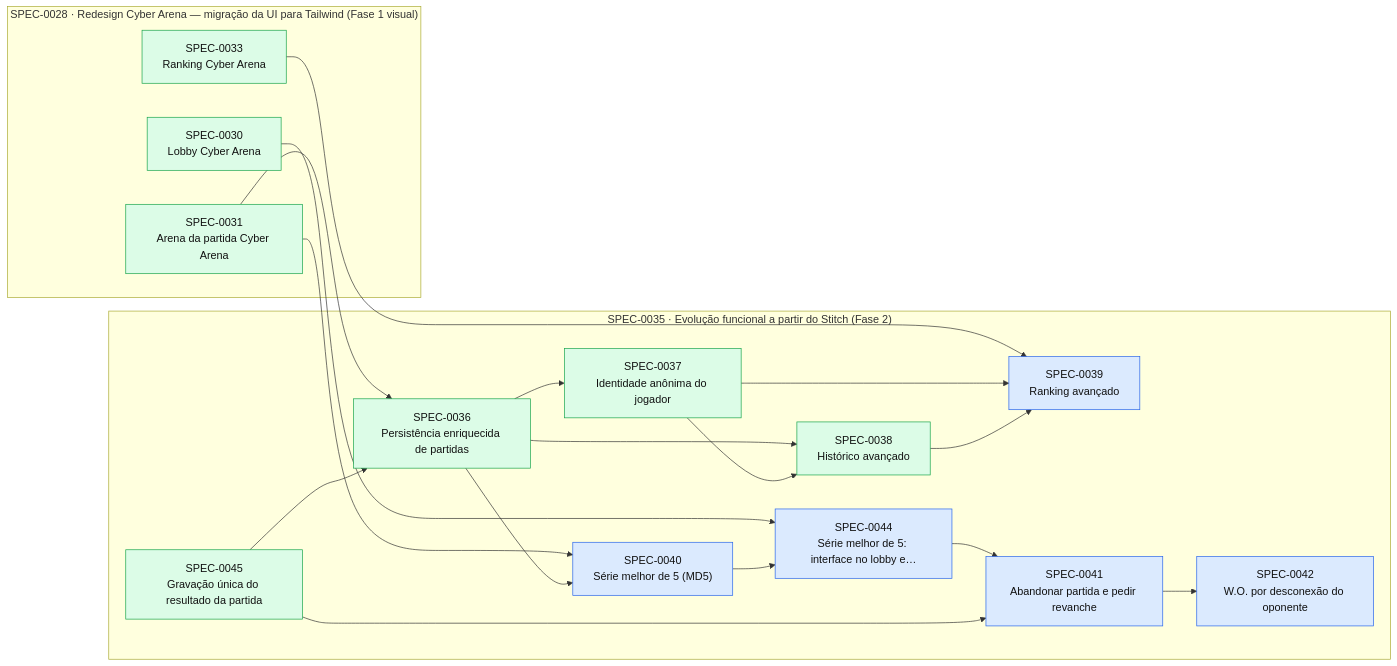
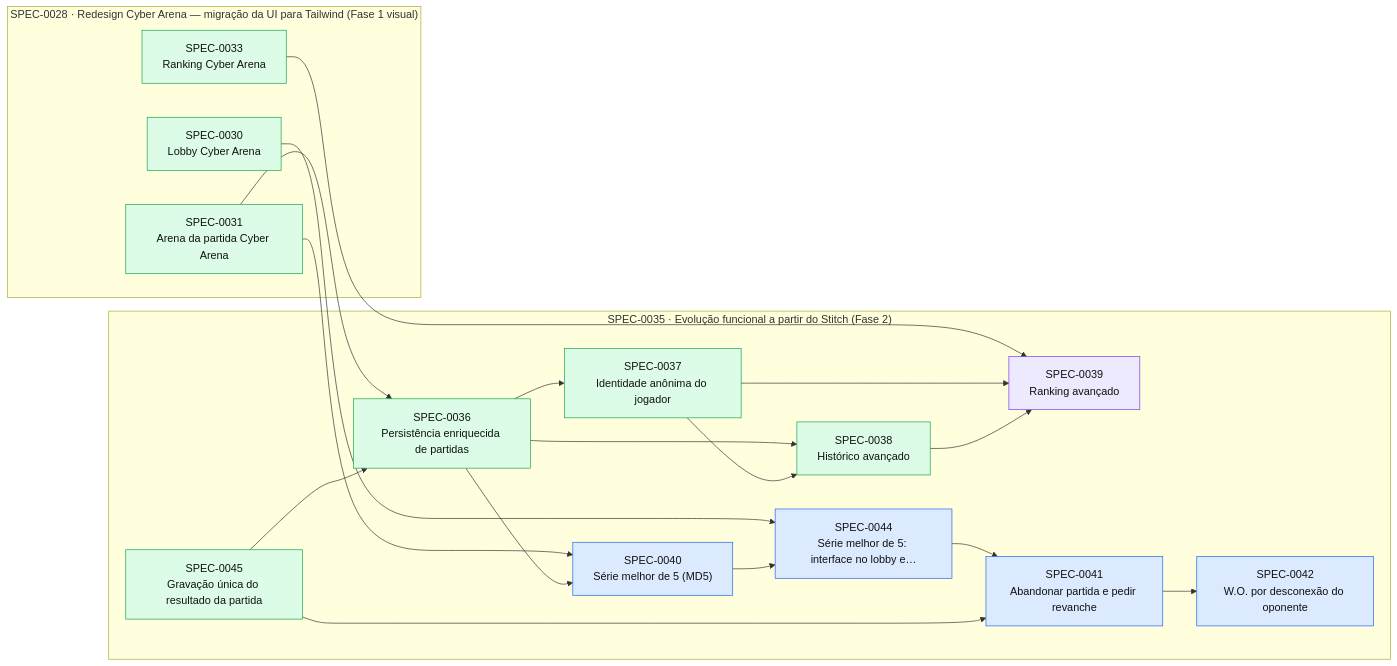
Before and after one commit to thomasravache/jogo-da-velha-multiplayer: the diagram in docs/specs/INDEX.md, drawn with Mermaid. The commit also changed other lines of this file and 1 other file, not shown here.

First line of the commit message:
docs(specs): emenda v2 da SPEC-0039 (funções puras e touches de teste)

````diff
--- a/docs/specs/INDEX.md
+++ b/docs/specs/INDEX.md
@@ -40,39 +40,39 @@
 ```mermaid
 flowchart LR
   subgraph E0028["SPEC-0028 · Redesign Cyber Arena — migração da UI para Tailwind (Fase 1 visual)"]
     S0030["SPEC-0030<br/>Lobby Cyber Arena"]:::implemented
     S0031["SPEC-0031<br/>Arena da partida Cyber Arena"]:::implemented
     S0033["SPEC-0033<br/>Ranking Cyber Arena"]:::implemented
   end
   subgraph E0035["SPEC-0035 · Evolução funcional a partir do Stitch (Fase 2)"]
     S0036["SPEC-0036<br/>Persistência enriquecida de partidas"]:::implemented
     S0037["SPEC-0037<br/>Identidade anônima do jogador"]:::implemented
     S0038["SPEC-0038<br/>Histórico avançado"]:::implemented
-    S0039["SPEC-0039<br/>Ranking avançado"]:::approved
+    S0039["SPEC-0039<br/>Ranking avançado"]:::inprogress
     S0040["SPEC-0040<br/>Série melhor de 5 (MD5)"]:::approved
     S0041["SPEC-0041<br/>Abandonar partida e pedir revanche"]:::approved
     S0042["SPEC-0042<br/>W.O. por desconexão do oponente"]:::approved
     S0044["SPEC-0044<br/>Série melhor de 5: interface no lobby e…"]:::approved
     S0045["SPEC-0045<br/>Gravação única do resultado da partida"]:::implemented
   end
   S0031 --> S0036
   S0045 --> S0036
   S0036 --> S0037
   S0036 --> S0038
   S0037 --> S0038
   S0033 --> S0039
   S0037 --> S0039
   S0038 --> S0039
   S0031 --> S0040
   S0036 --> S0040
   S0044 --> S0041
   S0045 --> S0041
   S0041 --> S0042
   S0030 --> S0044
   S0040 --> S0044
   classDef proposed fill:#fef3c7,stroke:#d97706,color:#111
   classDef approved fill:#dbeafe,stroke:#2563eb,color:#111
   classDef inprogress fill:#ede9fe,stroke:#7c3aed,color:#111
   classDef implemented fill:#dcfce7,stroke:#16a34a,color:#111
   classDef deprecated fill:#f3f4f6,stroke:#9ca3af,color:#6b7280
 ```
````
